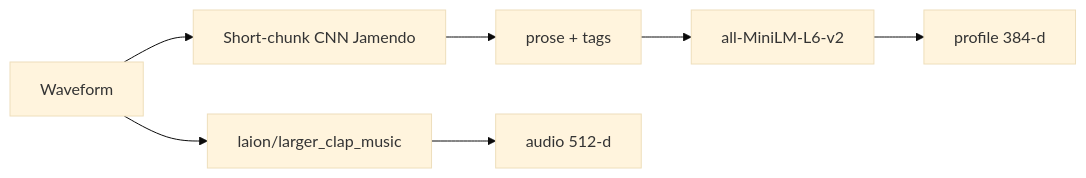
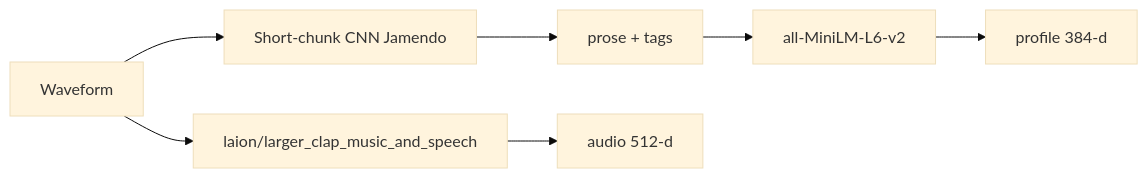
Before and after one commit to gabrielemidulla/0x1audio: the second of 5 diagrams in apps/ml-worker/README.md, drawn with Mermaid (base theme). The commit also changed other lines of this file and 29 other files, not shown here.

First line of the commit message:
Add sonic–vibe graph blending, affect-v1 profiles, and player graph links.

````diff
--- a/apps/ml-worker/README.md
+++ b/apps/ml-worker/README.md
@@ -25,9 +25,9 @@
 ```mermaid
 flowchart LR
-  Waveform --> CLAP[laion/larger_clap_music]
+  Waveform --> CLAP[laion/larger_clap_music_and_speech]
   Waveform --> Tagger[Short-chunk CNN Jamendo]
   Tagger --> Prose[prose + tags]
   Prose --> MiniLM[all-MiniLM-L6-v2]
   CLAP --> Audio["audio 512-d"]
   MiniLM --> Profile["profile 384-d"]
 ```
````
